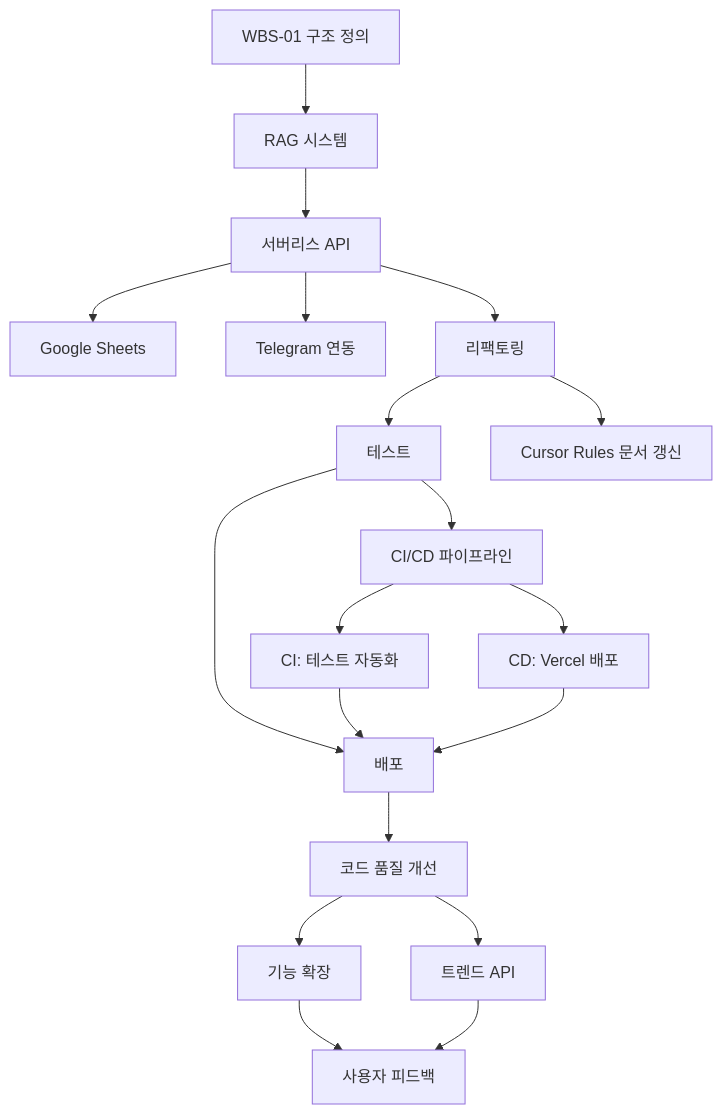
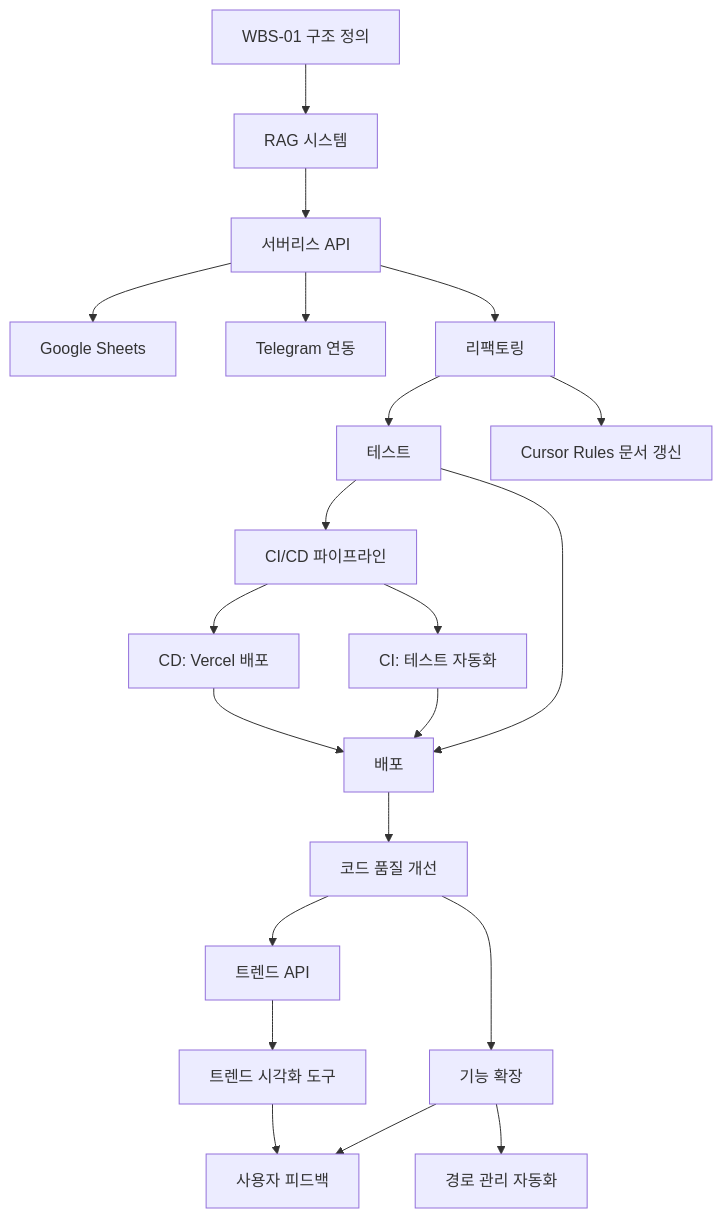
One commit to bzjay53/keywordpulse changed the diagram in Docs/libwys_Keywordpulse Wbs Plan.md. Above: the diagram before and after it, drawn with Mermaid. The commit also changed other lines of this file and 3 other files, not shown here.

````diff
--- a/Docs/libwys_Keywordpulse Wbs Plan.md
+++ b/Docs/libwys_Keywordpulse Wbs Plan.md
@@ -39,19 +42,21 @@
 ```mermaid
 graph TD
   A[WBS-01 구조 정의] --> B[RAG 시스템]
   B --> C[서버리스 API]
   C --> D1[Google Sheets]
   C --> D2[Telegram 연동]
   C --> E[리팩토링] --> F[테스트] --> G[배포]
   E --> H[Cursor Rules 문서 갱신]
   F --> I[CI/CD 파이프라인]
   I --> I1[CI: 테스트 자동화]
   I --> I2[CD: Vercel 배포]
   I1 --> G
   I2 --> G
   G --> J[코드 품질 개선]
   J --> K[기능 확장]
   J --> L[트렌드 API]
-  K --> M[사용자 피드백]
-  L --> M
+  L --> M[트렌드 시각화 도구]
+  K --> N[사용자 피드백]
+  M --> N
+  K --> O[경로 관리 자동화]
 ```
````
